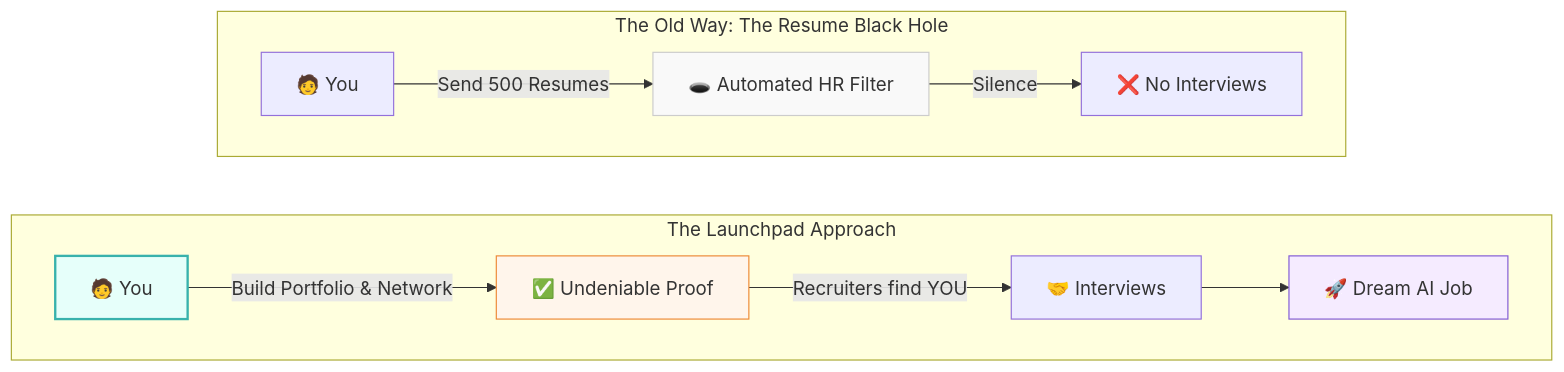
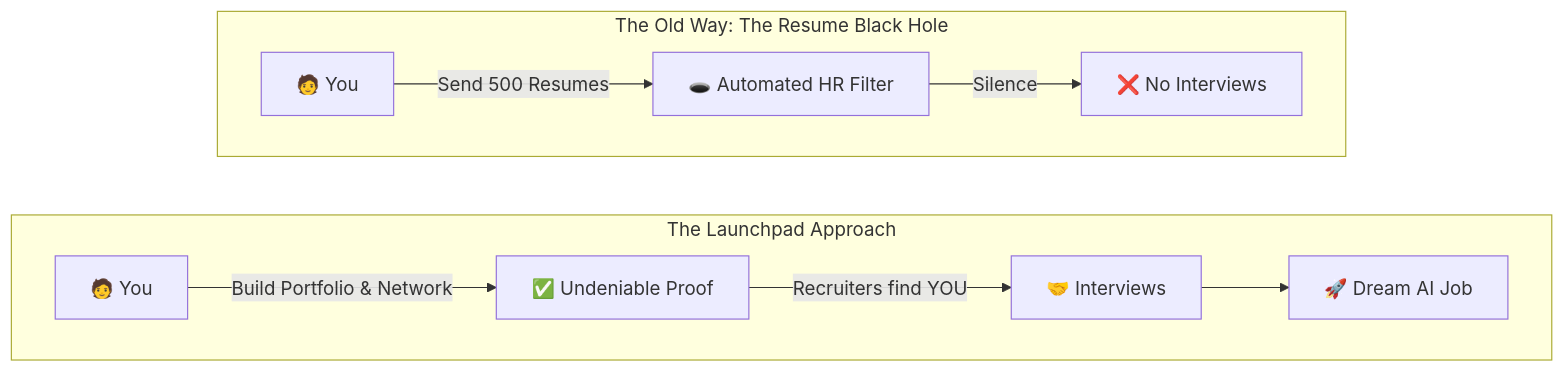
One commit to vdonthireddy/ai-knowledge-base changed the diagram in line08_career_launchpad.md. Above: the diagram before and after it, drawn with Mermaid. The commit also changed 30 other files, not shown here.

Commit message:
chore: Rename files and fix mermaid diagram styles for dark mode compatibility

````diff
--- a/line08_career_launchpad.md
+++ b/line08_career_launchpad.md
@@ -29,22 +29,18 @@
 ```mermaid
 graph TD
     subgraph A [The Old Way: The Resume Black Hole]
         direction LR
         User1[🧑 You] -->|"Send 500 Resumes"| Void[🕳️ Automated HR Filter]
         Void -->|"Silence"| Final1[❌ No Interviews]
     end
 
     Final1 ~~~ User2
 
     subgraph B [The Launchpad Approach]
         direction LR
         User2[🧑 You] -->|"Build Portfolio & Network"| Proof[✅ Undeniable Proof]
         Proof -->|"Recruiters find YOU"| HR[🤝 Interviews]
         HR --> Final2[🚀 Dream AI Job]
     end
 
-    style Void fill:#f9f9f9,stroke:#ccc
-    style User2 fill:#e6fffa,stroke:#38b2ac,stroke-width:2px
-    style Proof fill:#fff5eb,stroke:#ed8936
-    style Final2 fill:#f5ebff,stroke:#805ad5
 ```
````
